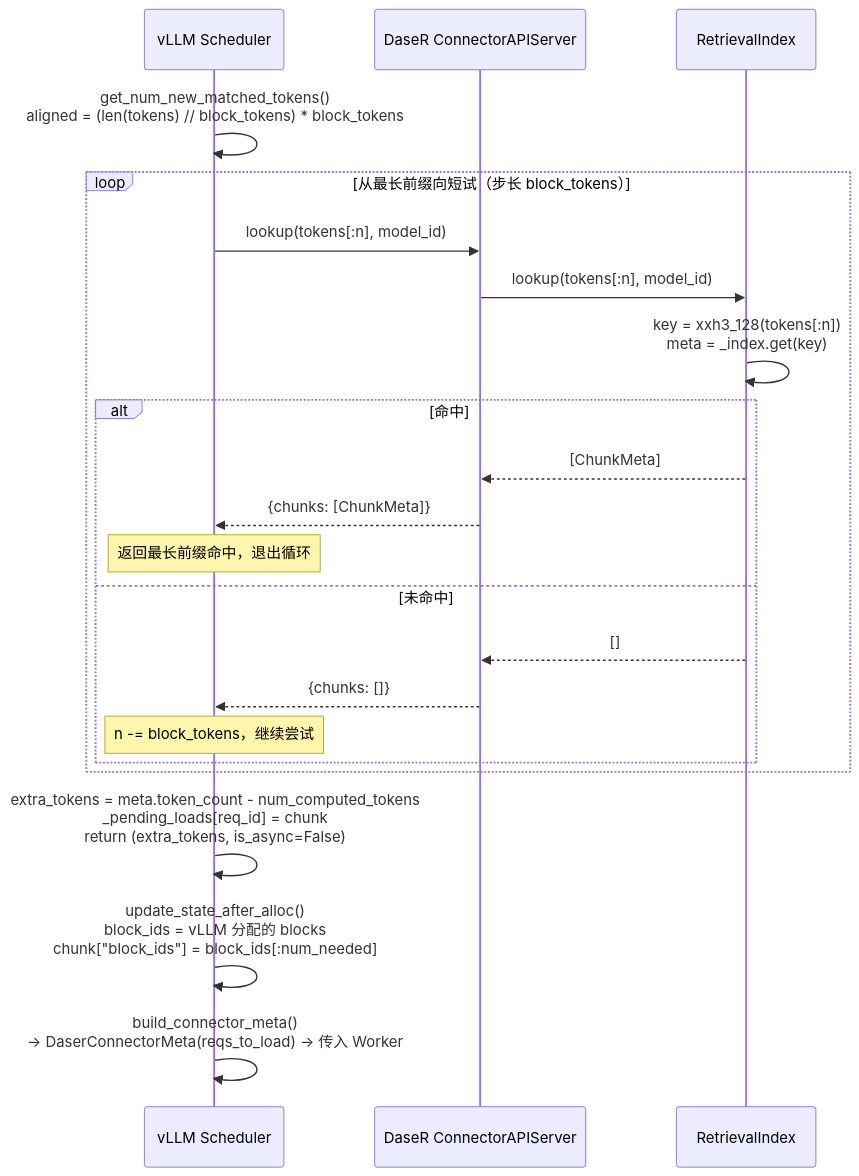
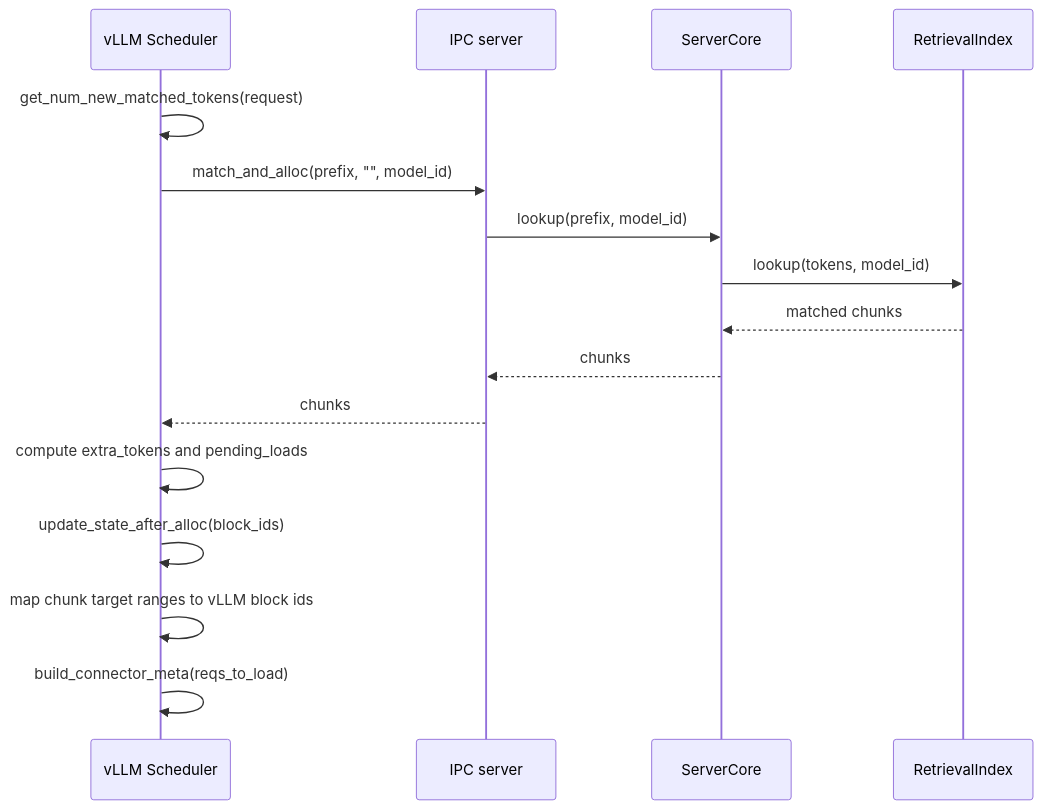
Before and after one commit to GentleCold/DaseR: the sixth of 8 diagrams in docs/design/flows.md, drawn with Mermaid. The commit also changed other lines of this file and 53 other files, not shown here.

First line of the commit message:
refactor(server): align server layout and connector startup (#41)

````diff
--- a/docs/design/flows.md
+++ b/docs/design/flows.md
@@ -95,29 +148,19 @@
 ```mermaid
 sequenceDiagram
     participant S as vLLM Scheduler
-    participant IPC as DaseR ConnectorAPIServer
+    participant IPC as IPC server
+    participant C as ServerCore
     participant RI as RetrievalIndex
 
-    S->>S: get_num_new_matched_tokens()<br/>aligned = (len(tokens) // block_tokens) * block_tokens
-
-    loop 从最长前缀向短试（步长 block_tokens）
-        S->>IPC: lookup(tokens[:n], model_id)
-        IPC->>RI: lookup(tokens[:n], model_id)
-        RI->>RI: key = xxh3_128(tokens[:n])<br/>meta = _index.get(key)
-        alt 命中
-            RI-->>IPC: [ChunkMeta]
-            IPC-->>S: {chunks: [ChunkMeta]}
-            Note over S: 返回最长前缀命中，退出循环
-        else 未命中
-            RI-->>IPC: []
-            IPC-->>S: {chunks: []}
-            Note over S: n -= block_tokens，继续尝试
-        end
-    end
-
-    S->>S: extra_tokens = meta.token_count - num_computed_tokens<br/>_pending_loads[req_id] = chunk<br/>return (extra_tokens, is_async=False)
-
-    S->>S: update_state_after_alloc()<br/>block_ids = vLLM 分配的 blocks<br/>chunk["block_ids"] = block_ids[:num_needed]
-
-    S->>S: build_connector_meta()<br/>→ DaserConnectorMeta(reqs_to_load) → 传入 Worker
+    S->>S: get_num_new_matched_tokens(request)
+    S->>IPC: match_and_alloc(prefix, "", model_id)
+    IPC->>C: lookup(prefix, model_id)
+    C->>RI: lookup(tokens, model_id)
+    RI-->>C: matched chunks
+    C-->>IPC: chunks
+    IPC-->>S: chunks
+    S->>S: compute extra_tokens and pending_loads
+    S->>S: update_state_after_alloc(block_ids)
+    S->>S: map chunk target ranges to vLLM block ids
+    S->>S: build_connector_meta(reqs_to_load)
 ```
````
